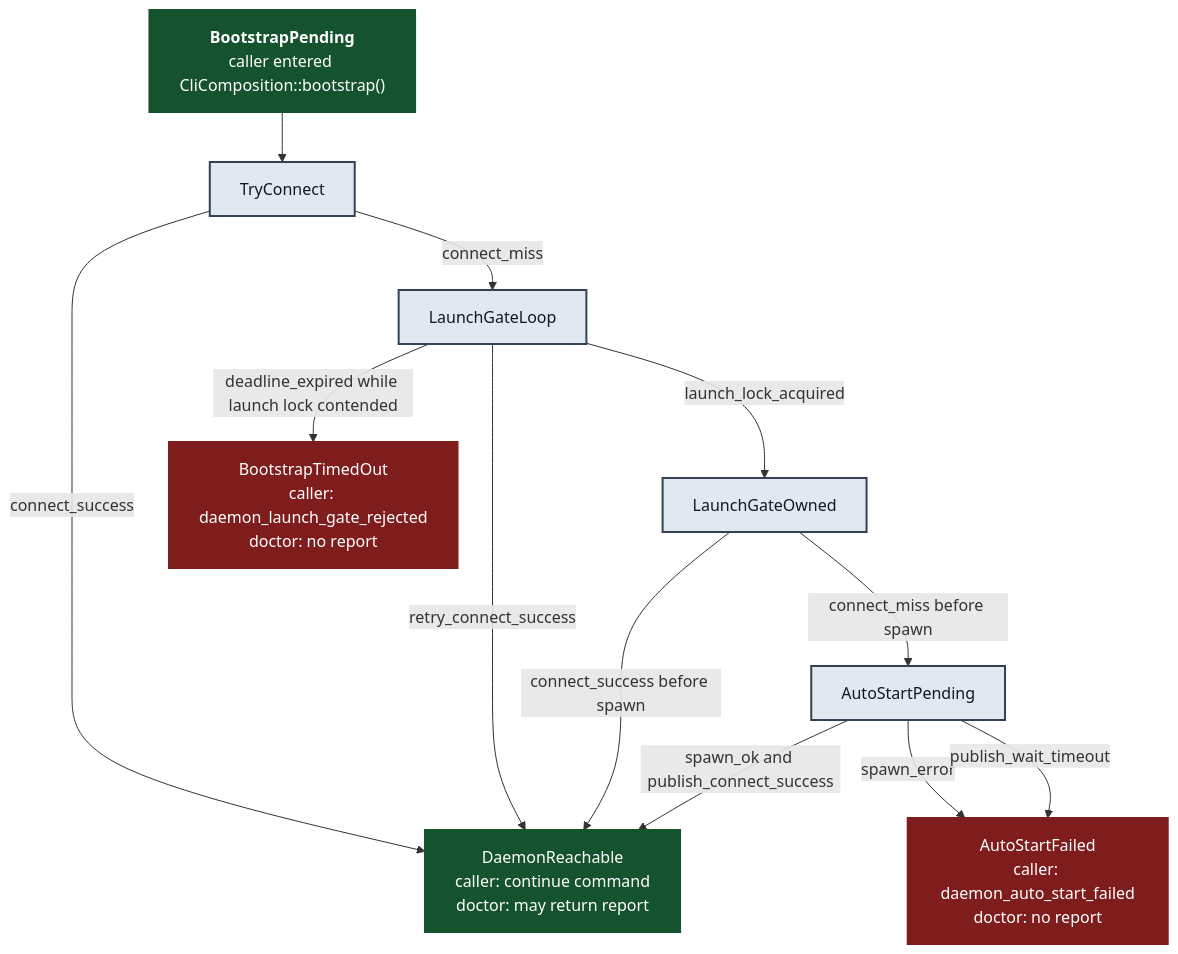
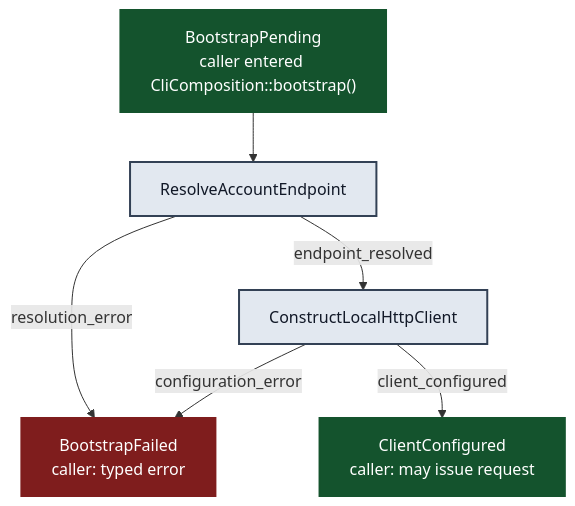
One commit to randlee/atm-core changed the diagram in docs/atm-daemon/cli-bootstrap-state-machine.mmd. Above: the diagram before and after it, drawn with Mermaid. The commit also changed 12 other files, not shown here.

First line of the commit message:
Remove unused daemon supervisor launch path

```diff
--- a/docs/atm-daemon/cli-bootstrap-state-machine.mmd
+++ b/docs/atm-daemon/cli-bootstrap-state-machine.mmd
@@ -1,33 +1,21 @@
 %% title: `CLI Bootstrap State Machine`
-%% summary: Same-host caller bootstrap before any daemon request can run.
-%% commentary: This machine models `CliComposition::bootstrap()` plus `DaemonSupervisor::ensure_daemon_available_with_traceability()`. Every terminal is caller-visible and QA should be able to force each edge with connect misses, launch-lock contention, spawn failure, or successful connect.
-%% notes: states are caller-visible bootstrap states | every terminal maps to a typed caller result | doctor only runs after DaemonReachable
-%% recovery_rules: If bootstrap ends in a failure terminal, return a typed caller error with recovery text and do not attempt doctor. | If bootstrap reaches DaemonReachable, the active command may run and doctor may return a report.
-%% terminal_classes: BootstrapTimedOut is a caller-facing launch-gate timeout error. | AutoStartFailed is a caller-facing daemon auto-start error. | DaemonReachable is the only success terminal for bootstrap.
+%% summary: Same-host caller bootstrap before a daemon request is sent.
+%% commentary: CliComposition::bootstrap resolves the account-scoped endpoint and constructs a Tokio HTTP client. The managed daemon lifecycle is separate; bootstrap does not launch a daemon.
+%% notes: endpoint resolution and client construction are code-owned | a configured client does not prove daemon availability
+%% recovery_rules: If endpoint resolution or client construction fails, return the typed error. | A later request reports connection failures through the client transport.
+%% terminal_classes: BootstrapFailed is a caller-facing typed error. | ClientConfigured allows the command to issue a request.
 %% sets: daemon
 flowchart TD
-    A["<b>BootstrapPending</b><br/>caller entered CliComposition::bootstrap()"] --> B["TryConnect"]
-    B -->|connect_success| S["DaemonReachable
-caller: continue command
-doctor: may return report"]
-    B -->|connect_miss| C["LaunchGateLoop"]
-    C -->|retry_connect_success| S
-    C -->|launch_lock_acquired| D["LaunchGateOwned"]
-    C -->|deadline_expired while launch lock contended| E["BootstrapTimedOut
-caller: daemon_launch_gate_rejected
-doctor: no report"]
-    D -->|connect_success before spawn| S
-    D -->|connect_miss before spawn| F["AutoStartPending"]
-    F -->|spawn_ok and publish_connect_success| S
-    F -->|spawn_error| G["AutoStartFailed
-caller: daemon_auto_start_failed
-doctor: no report"]
-    F -->|publish_wait_timeout| G
+    A["BootstrapPending<br/>caller entered CliComposition::bootstrap()"] --> B["ResolveAccountEndpoint"]
+    B -->|resolution_error| E["BootstrapFailed<br/>caller: typed error"]
+    B -->|endpoint_resolved| C["ConstructLocalHttpClient"]
+    C -->|configuration_error| E
+    C -->|client_configured| S["ClientConfigured<br/>caller: may issue request"]
 
     classDef happy fill:#14532d,color:#ffffff,stroke:#14532d,stroke-width:2px;
     classDef error fill:#7f1d1d,color:#ffffff,stroke:#7f1d1d,stroke-width:2px;
     classDef neutral fill:#e2e8f0,color:#111827,stroke:#334155,stroke-width:2px;
 
     class A,S happy;
-    class E,G error;
-    class B,C,D,F neutral;
+    class E error;
+    class B,C neutral;
```
